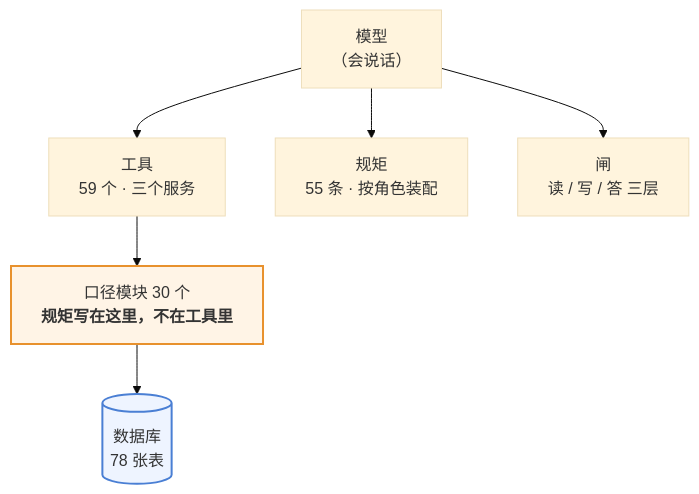
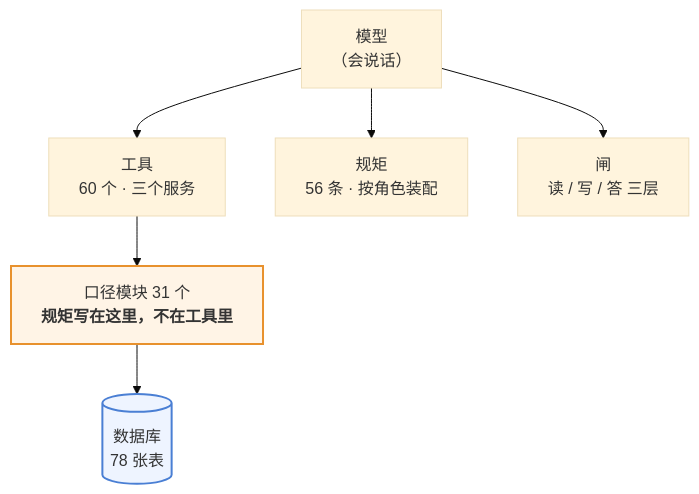
Before and after one commit to 843773296-rgb/lanxiu-yunshang-agent: the first of 3 diagrams in 澜绣云裳agent-产品说明.md, drawn with Mermaid (base theme). The commit also changed other lines of this file and 16 other files, not shown here.

````diff
--- a/澜绣云裳agent-产品说明.md
+++ b/澜绣云裳agent-产品说明.md
@@ -62,12 +62,12 @@
 ```mermaid
 flowchart TD
     M["模型<br/>（会说话）"]
-    M --> T["工具<br/>59 个 · 三个服务"]
-    M --> R["规矩<br/>55 条 · 按角色装配"]
+    M --> T["工具<br/>60 个 · 三个服务"]
+    M --> R["规矩<br/>56 条 · 按角色装配"]
     M --> G["闸<br/>读 / 写 / 答 三层"]
-    T --> K["口径模块 30 个<br/><b>规矩写在这里，不在工具里</b>"]
+    T --> K["口径模块 31 个<br/><b>规矩写在这里，不在工具里</b>"]
     K --> DB[("数据库<br/>78 张表")]
 
     style K fill:#fff4e6,stroke:#e8912d,stroke-width:2px
     style DB fill:#eef4ff,stroke:#4a7fd4,stroke-width:2px
 ```
````
